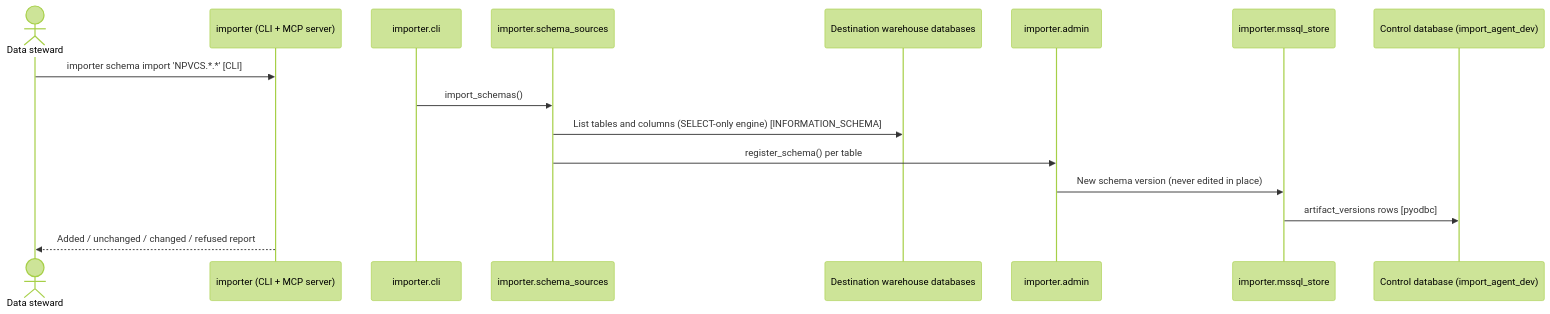
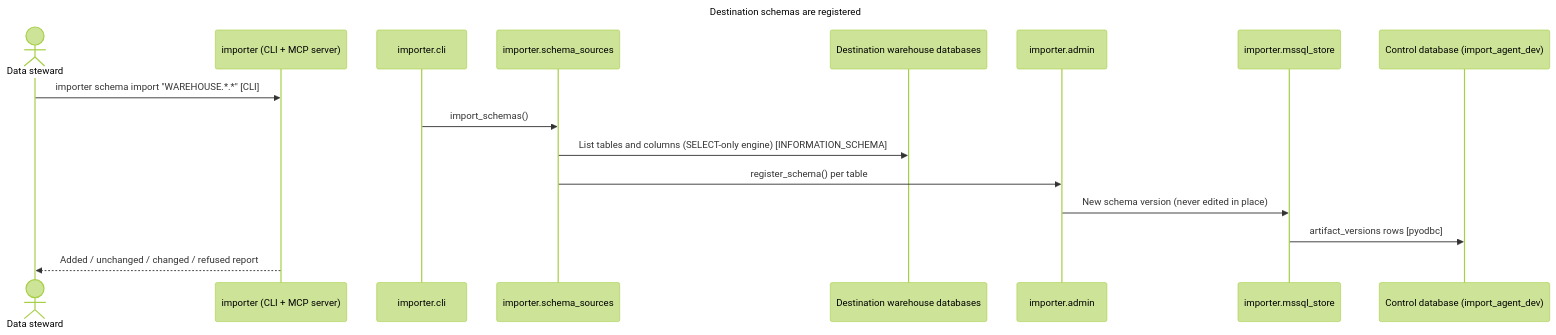
Before and after one commit to SqlDataSpire/AIDataImportAgentMCP: the diagram in docs/architecture/c4/c4-flow-import-destination-schemas.mmd, drawn with Mermaid (forest theme). The commit also changed 30 other files, not shown here.

Commit message:
docs(architecture): refresh C4 diagrams to v3.5.1 and add ArchitectureReview.md

```diff
--- a/docs/architecture/c4/c4-flow-import-destination-schemas.mmd
+++ b/docs/architecture/c4/c4-flow-import-destination-schemas.mmd
@@ -1,16 +1,19 @@
+---
+title: "Destination schemas are registered"
+---
 sequenceDiagram
     actor steward as Data steward
     participant data_import_agent as importer (CLI + MCP server)
     participant importer_cli as importer.cli
     participant importer_schema_sources as importer.schema_sources
     participant destination_dbs as Destination warehouse databases
     participant importer_admin as importer.admin
     participant importer_mssql_store as importer.mssql_store
     participant db_sql_server as Control database (import_agent_dev)
-    steward->>data_import_agent: importer schema import 'NPVCS.*.*' [CLI]
+    steward->>data_import_agent: importer schema import "WAREHOUSE.*.*" [CLI]
     importer_cli->>importer_schema_sources: import_schemas()
     importer_schema_sources->>destination_dbs: List tables and columns (SELECT-only engine) [INFORMATION_SCHEMA]
     importer_schema_sources->>importer_admin: register_schema() per table
     importer_admin->>importer_mssql_store: New schema version (never edited in place)
     importer_mssql_store->>db_sql_server: artifact_versions rows [pyodbc]
     data_import_agent-->>steward: Added / unchanged / changed / refused report
```
